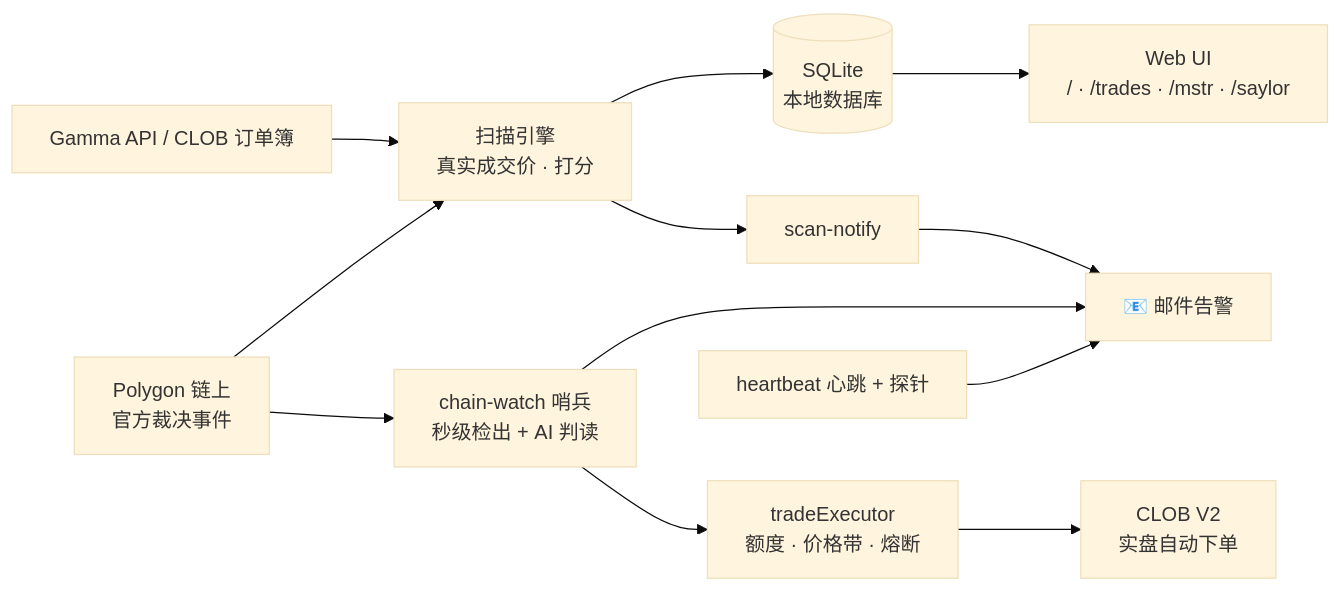
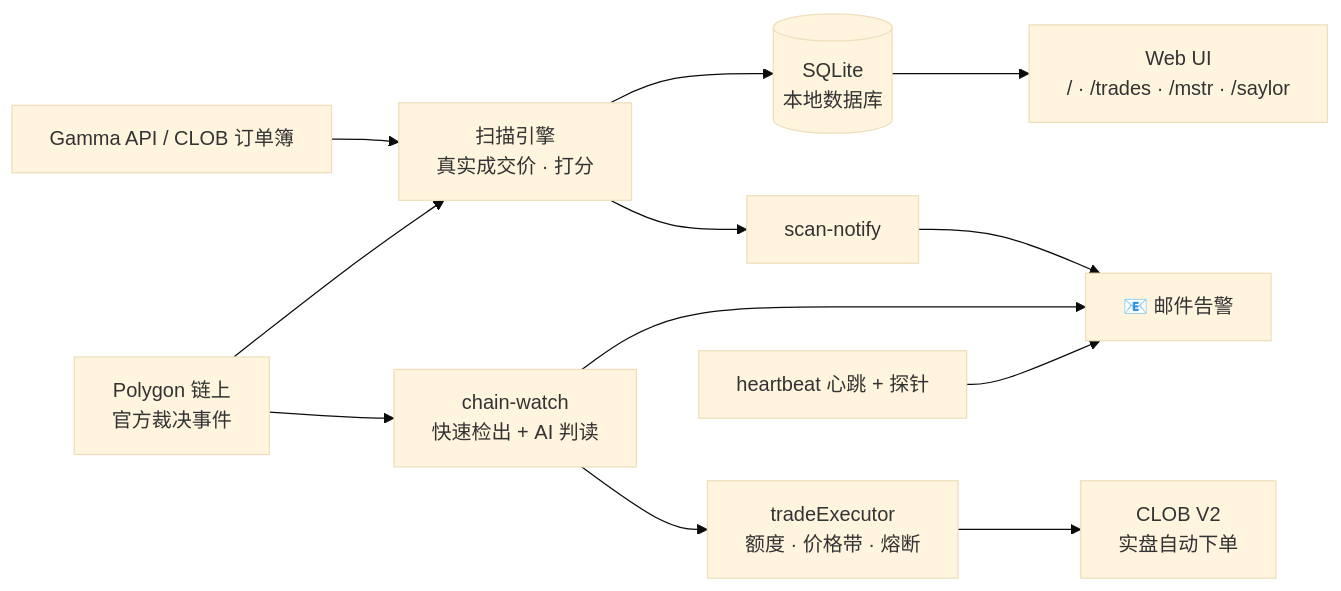
One commit to yiyangshen04/prededge changed the first of 2 diagrams in README.md. Above: the diagram before and after it, drawn with Mermaid (base theme). The commit also changed other lines of this file, not shown here.

````diff
--- a/README.md
+++ b/README.md
@@ -108,14 +108,14 @@
 ```mermaid
 flowchart LR
     G[Gamma API / CLOB 订单簿] --> S[扫描引擎<br/>真实成交价 · 打分]
     P[Polygon 链上<br/>官方裁决事件] --> S
-    P --> C[chain-watch 哨兵<br/>秒级检出 + AI 判读]
+    P --> C[chain-watch<br/>快速检出 + AI 判读]
     S --> DB[(SQLite<br/>本地数据库)]
     DB --> UI[Web UI<br/>/ · /trades · /mstr · /saylor]
     S --> N[scan-notify]
     N --> M[📧 邮件告警]
     C --> M
     C --> T[tradeExecutor<br/>额度 · 价格带 · 熔断]
     T --> O[CLOB V2<br/>实盘自动下单]
     H[heartbeat 心跳 + 探针] --> M
 ```
````
